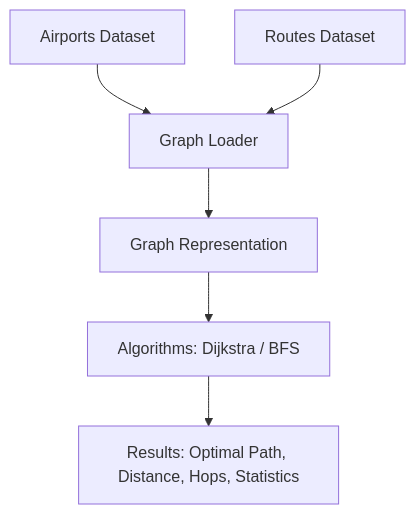
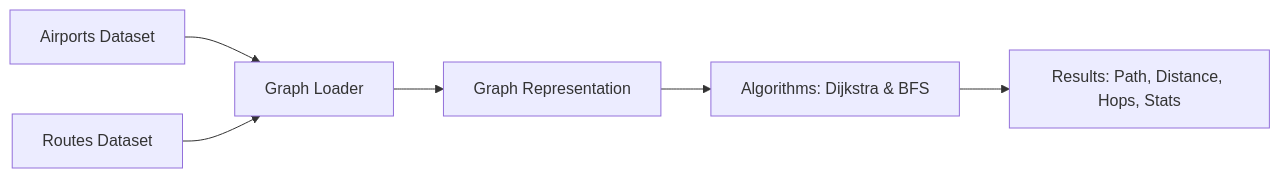
One commit to Kritvi0208/FlightPathOptimizer changed the second of 2 diagrams in README.md. Above: the diagram before and after it, drawn with Mermaid. The commit also changed other lines of this file, not shown here.

````diff
--- a/README.md
+++ b/README.md
@@ -44,9 +62,10 @@
 ```mermaid
-flowchart TD
+
+flowchart LR
     A[Airports Dataset] --> B[Graph Loader]
-    A2[Routes Dataset] --> B
-    B --> C[Graph Representation]
-    C --> D[Algorithms: Dijkstra / BFS]
-    D --> E[Results: Optimal Path, Distance, Hops, Statistics]
+    C[Routes Dataset] --> B
+    B --> D[Graph Representation]
+    D --> E[Algorithms: Dijkstra & BFS]
+    E --> F[Results: Path, Distance, Hops, Stats]
 
 ```
````
